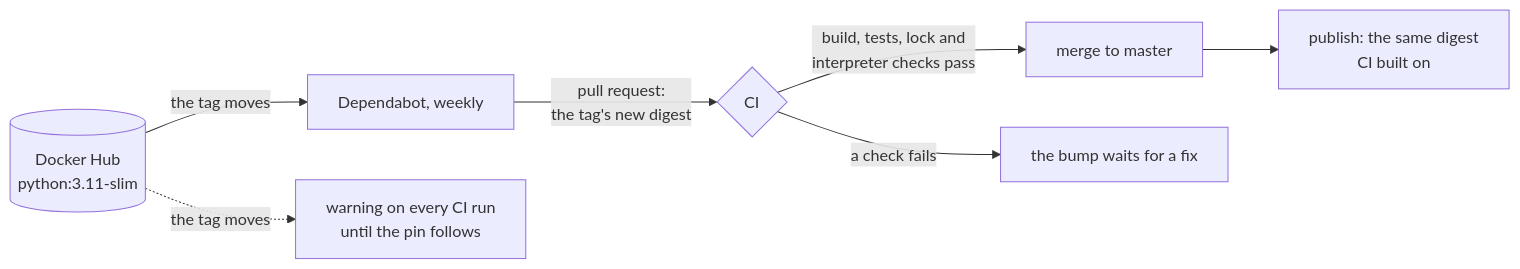
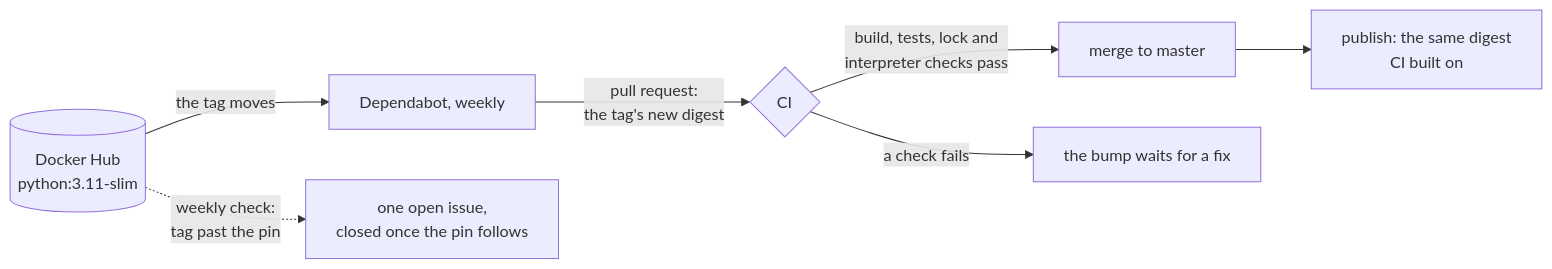
The diagram in docs/adr/0019-pin-the-base-image-by-digest.md (Akinzou/TradeLockerBot), drawn with Mermaid before and after one commit. The commit also changed other lines of this file and 7 other files, not shown here.

````diff
--- a/docs/adr/0019-pin-the-base-image-by-digest.md
+++ b/docs/adr/0019-pin-the-base-image-by-digest.md
@@ -37,9 +37,9 @@
 ```mermaid
 flowchart LR
     HUB[(Docker Hub<br/>python:3.11-slim)] -- "the tag moves" --> DB[Dependabot, weekly]
     DB -- "pull request:<br/>the tag's new digest" --> CI{CI}
-    HUB -. "the tag moves" .-> WARN["warning on every CI run<br/>until the pin follows"]
+    HUB -. "weekly check:<br/>tag past the pin" .-> ISSUE["one open issue,<br/>closed once the pin follows"]
     CI -- "build, tests, lock and<br/>interpreter checks pass" --> MERGE[merge to master]
     MERGE --> PUB[publish: the same digest<br/>CI built on]
     CI -- "a check fails" --> FIX[the bump waits for a fix]
 ```
````
